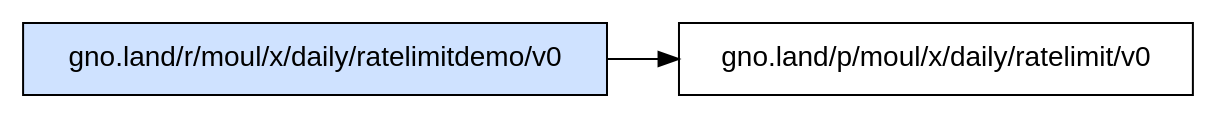
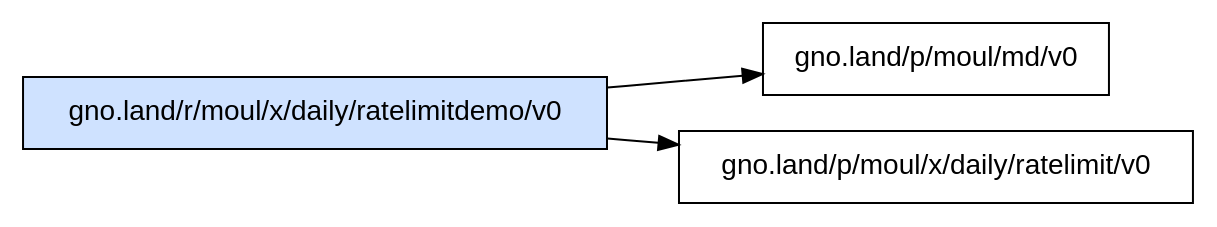
One commit to moul/gno-contracts changed the diagram in _assets/gno.land/r/moul/x/daily/ratelimitdemo/v0/deps.dot. Above: the diagram before and after it, drawn with Graphviz. The commit also changed 22 other files, not shown here.

Commit message:
chore: regenerate catalog, graphs and on-chain status [skip ci]

```diff
--- a/_assets/gno.land/r/moul/x/daily/ratelimitdemo/v0/deps.dot
+++ b/_assets/gno.land/r/moul/x/daily/ratelimitdemo/v0/deps.dot
@@ -1,6 +1,7 @@
 digraph deps {
   rankdir=LR;
   node [shape=box, fontname="sans-serif"];
   "gno.land/r/moul/x/daily/ratelimitdemo/v0" [style=filled, fillcolor="#cfe2ff"];
+  "gno.land/r/moul/x/daily/ratelimitdemo/v0" -> "gno.land/p/moul/md/v0";
   "gno.land/r/moul/x/daily/ratelimitdemo/v0" -> "gno.land/p/moul/x/daily/ratelimit/v0";
 }
```
